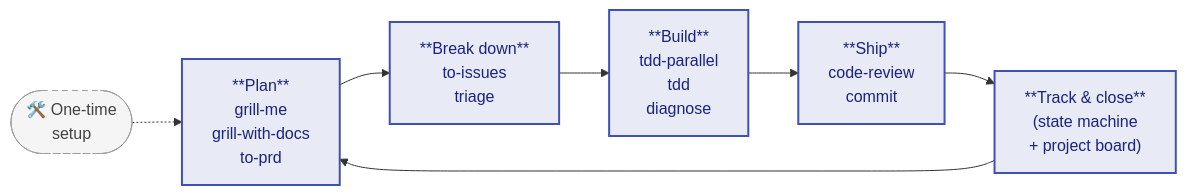
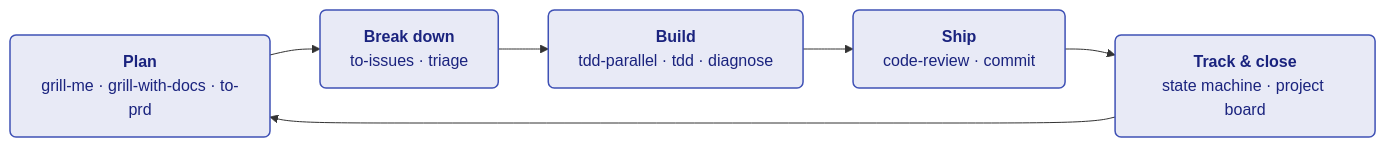
Before and after one commit to ZunoSmartLabs/zsl-superpowers: the first of 2 diagrams in docs/workflow.md, drawn with Mermaid. The commit also changed other lines of this file and 1 other file, not shown here.

Commit message:
Tighten Mermaid diagrams: markdown labels, drop dashed setup branch
- Switch flowchart node labels to Mermaid's backtick-string syntax so
  **bold** and literal newlines render properly (was rendering as
  literal '**Plan**' text).
- Remove the dashed One-time setup branch from the workflow loop and
  promote that callout to the prose above the diagram, so the loop
  reads as a clean five-node cycle without a dangling preamble.
- Use rx/ry for rounded corners and middle-dot separators between
  skill names so the labels are easier to scan.

````diff
--- a/docs/workflow.md
+++ b/docs/workflow.md
@@ -5,14 +5,18 @@
 ```mermaid
 flowchart LR
-    setup([🛠️ One-time<br/>setup]) -.-> plan
-    plan["**Plan**<br/>grill-me<br/>grill-with-docs<br/>to-prd"] --> breakdown
-    breakdown["**Break down**<br/>to-issues<br/>triage"] --> build
-    build["**Build**<br/>tdd-parallel<br/>tdd<br/>diagnose"] --> ship
-    ship["**Ship**<br/>code-review<br/>commit"] --> track
-    track["**Track & close**<br/>(state machine<br/>+ project board)"] --> plan
+    plan["`**Plan**
+    grill-me · grill-with-docs · to-prd`"]
+    breakdown["`**Break down**
+    to-issues · triage`"]
+    build["`**Build**
+    tdd-parallel · tdd · diagnose`"]
+    ship["`**Ship**
+    code-review · commit`"]
+    track["`**Track & close**
+    state machine · project board`"]
 
-    classDef phase fill:#e8eaf6,stroke:#3f51b5,stroke-width:2px,color:#1a237e;
-    classDef oneoff fill:#f5f5f5,stroke:#9e9e9e,stroke-dasharray: 5 5,color:#424242;
+    plan --> breakdown --> build --> ship --> track --> plan
+
+    classDef phase fill:#e8eaf6,stroke:#3f51b5,stroke-width:1.5px,color:#1a237e,rx:6,ry:6;
     class plan,breakdown,build,ship,track phase;
-    class setup oneoff;
 ```
````
